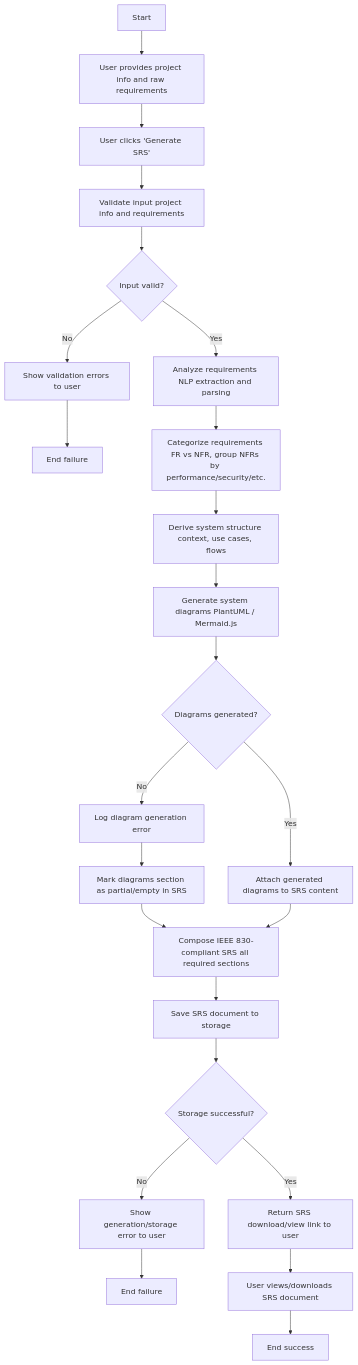
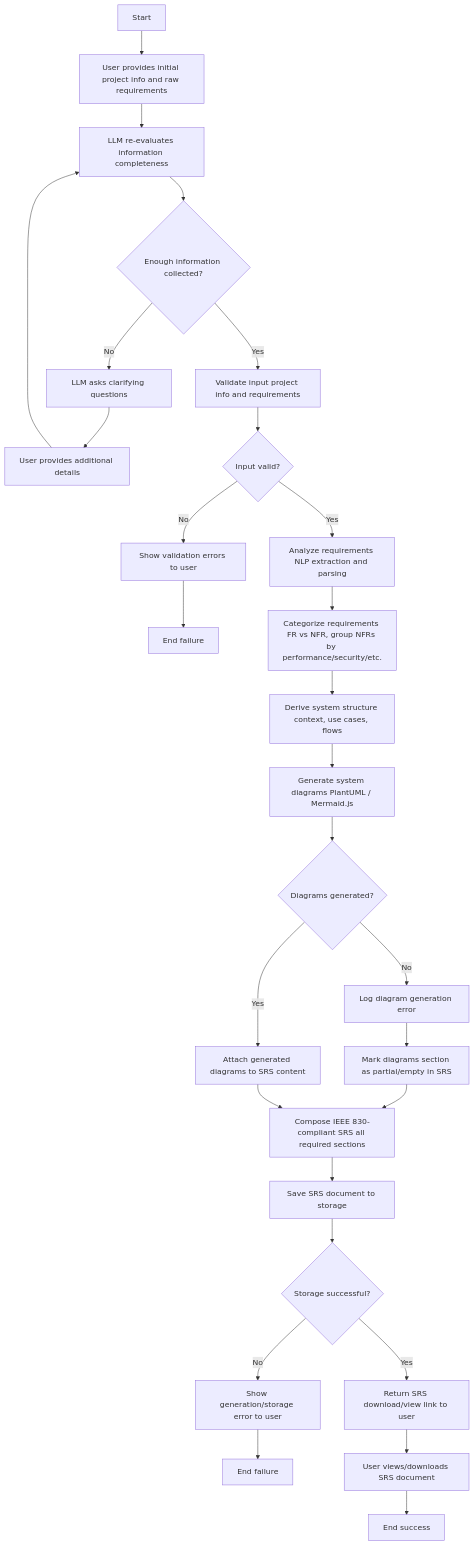
One commit to Ta1al/automated-SRS-generator changed the diagram in documentation/activity-diagram.md. Above: the diagram before and after it, drawn with Mermaid.

Commit message:
Refactor activity diagram for FR4 process to enhance clarity and detail

````diff
--- a/documentation/activity-diagram.md
+++ b/documentation/activity-diagram.md
@@ -5,37 +5,43 @@
 ```mermaid
 flowchart TD
-    %% FR-4: SRS Document Generation - Activity Diagram
+    %% FR-4: SRS Document Generation - Activity Diagram (LLM-driven trigger)
 
-    A[Start] --> B[User provides project info and raw requirements]
-    B --> C[User clicks 'Generate SRS']
+    A[Start] --> B[User provides initial project info and raw requirements]
 
-    C --> D[Validate input project info and requirements]
-    D --> E{Input valid?}
+    B --> C[LLM evaluates information completeness]
+    C --> D{Enough information collected?}
 
-    E -- No --> F[Show validation errors to user]
-    F --> G[End failure]
+    D -- No --> E[LLM asks clarifying questions]
+    E --> F[User provides additional details]
+    F --> C[LLM re-evaluates information completeness]
 
-    E -- Yes --> H[Analyze requirements NLP extraction and parsing]
-    H --> I[Categorize requirements FR vs NFR, group NFRs by performance/security/etc.]
+    D -- Yes --> G[Validate input project info and requirements]
+    G --> H{Input valid?}
 
-    I --> J[Derive system structure context, use cases, flows]
-    J --> K[Generate system diagrams PlantUML / Mermaid.js]
-    K --> L{Diagrams generated?}
+    H -- No --> I[Show validation errors to user]
+    I --> J[End failure]
 
-    L -- No --> M[Log diagram generation error]
-    M --> N[Mark diagrams section as partial/empty in SRS]
-    N --> O[Compose IEEE 830-compliant SRS all required sections]
+    H -- Yes --> K[Analyze requirements NLP extraction and parsing]
+    K --> L[Categorize requirements FR vs NFR, group NFRs by performance/security/etc.]
 
-    L -- Yes --> P[Attach generated diagrams to SRS content]
-    P --> O[Compose IEEE 830-compliant SRS all required sections]
+    L --> M[Derive system structure context, use cases, flows]
+    M --> N[Generate system diagrams PlantUML / Mermaid.js]
+    N --> O{Diagrams generated?}
 
-    O --> Q[Save SRS document to storage]
-    Q --> R{Storage successful?}
+    O -- No --> P[Log diagram generation error]
+    P --> Q[Mark diagrams section as partial/empty in SRS]
+    Q --> R[Compose IEEE 830-compliant SRS all required sections]
 
-    R -- No --> S[Show generation/storage error to user]
-    S --> T[End failure]
+    O -- Yes --> S[Attach generated diagrams to SRS content]
+    S --> R[Compose IEEE 830-compliant SRS all required sections]
 
-    R -- Yes --> U[Return SRS download/view link to user]
-    U --> V[User views/downloads SRS document]
-    V --> W[End success]
+    R --> T[Save SRS document to storage]
+    T --> U{Storage successful?}
+
+    U -- No --> V[Show generation/storage error to user]
+    V --> W[End failure]
+
+    U -- Yes --> X[Return SRS download/view link to user]
+    X --> Y[User views/downloads SRS document]
+    Y --> Z[End success]
 ```
````
